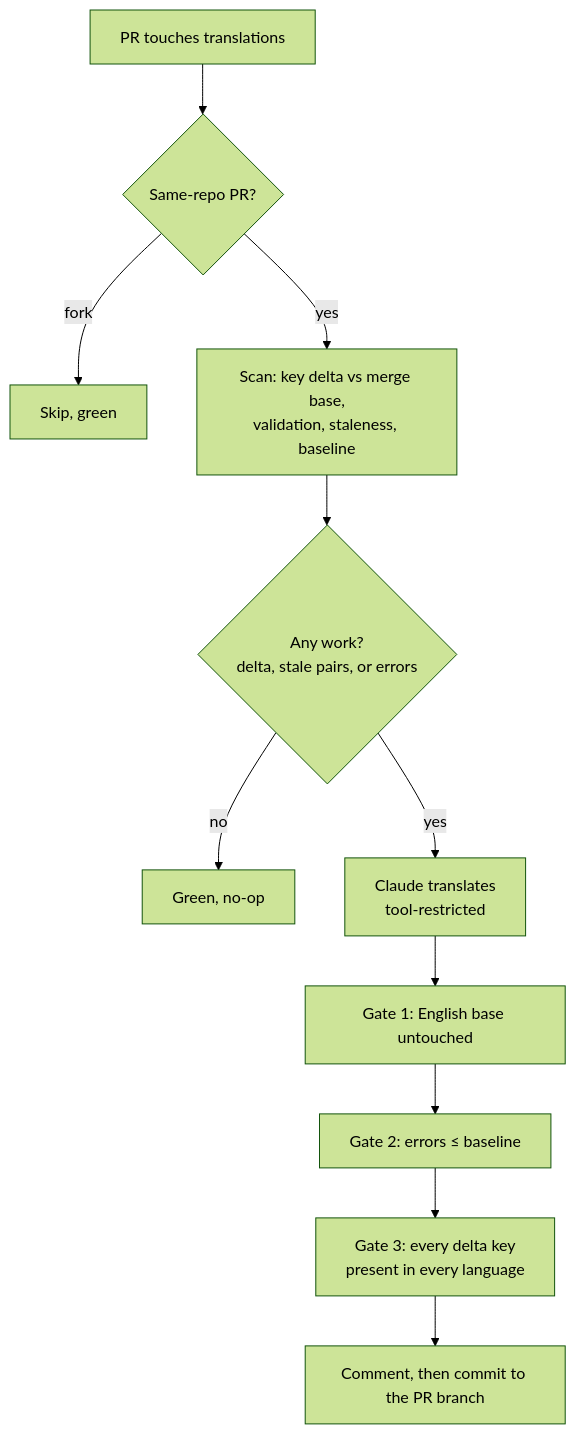
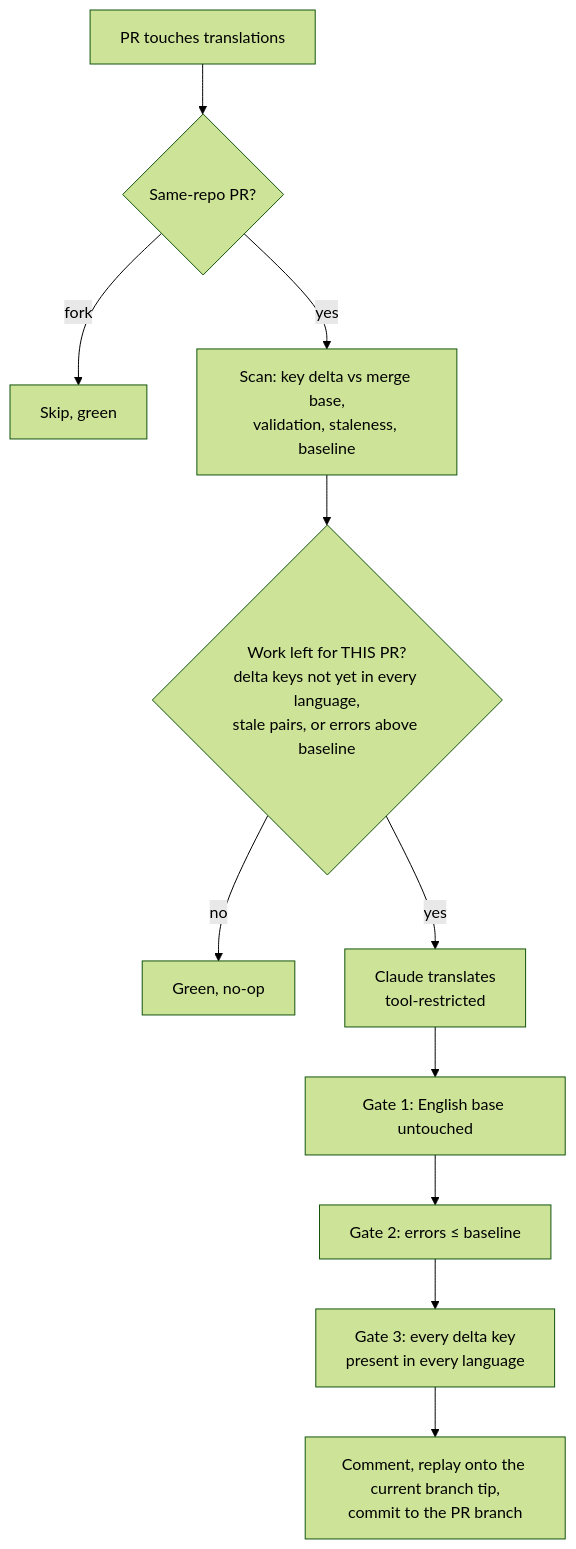
Before and after one commit to pimcore/workflows-collection-public: the diagram in docs/reusable-translations.md, drawn with Mermaid (forest theme). The commit also changed other lines of this file and 1 other file, not shown here.

````diff
--- a/docs/reusable-translations.md
+++ b/docs/reusable-translations.md
@@ -13,13 +13,13 @@
 ```mermaid
 flowchart TD
     A[PR touches translations] --> B{Same-repo PR?}
     B -- fork --> Z[Skip, green]
     B -- yes --> C[Scan: key delta vs merge base,<br/>validation, staleness, baseline]
-    C --> D{Any work?<br/>delta, stale pairs, or errors}
+    C --> D{Work left for THIS PR?<br/>delta keys not yet in every language,<br/>stale pairs, or errors above baseline}
     D -- no --> Y[Green, no-op]
     D -- yes --> E[Claude translates<br/>tool-restricted]
     E --> F[Gate 1: English base untouched]
     F --> G[Gate 2: errors ≤ baseline]
     G --> H[Gate 3: every delta key<br/>present in every language]
-    H --> I[Comment, then commit to the PR branch]
+    H --> I[Comment, replay onto the current branch tip,<br/>commit to the PR branch]
 ```
````
